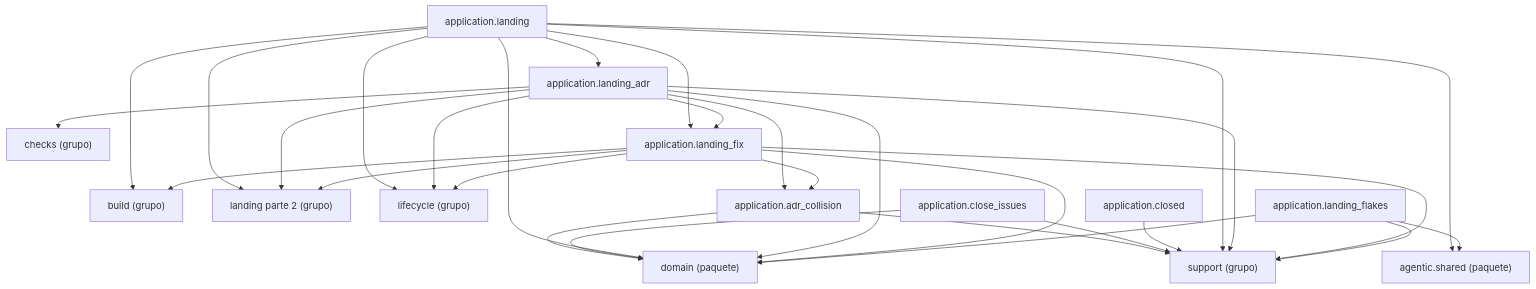
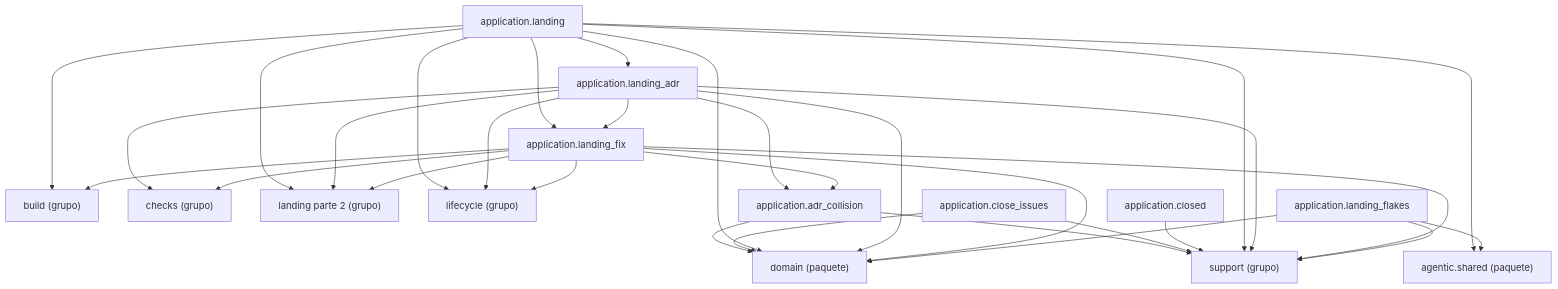
One commit to GonzaloZevallos/agentic-system changed the diagram in docs/architecture/generated/packages-process-application-landing-1.md. Above: the diagram before and after it, drawn with Mermaid. The commit also changed other lines of this file and 17 other files, not shown here.

````diff
--- a/docs/architecture/generated/packages-process-application-landing-1.md
+++ b/docs/architecture/generated/packages-process-application-landing-1.md
@@ -17,46 +18,47 @@
 ```mermaid
 graph TD
     g_application__build["build (grupo)"]
     g_application__checks["checks (grupo)"]
     g_application__landing__2["landing parte 2 (grupo)"]
     g_application__lifecycle["lifecycle (grupo)"]
     g_application__support["support (grupo)"]
     g_pkg__agentic__shared["agentic.shared (paquete)"]
     g_pkg__domain["domain (paquete)"]
     m_application__adr_collision["application.adr_collision"]
     m_application__close_issues["application.close_issues"]
     m_application__closed["application.closed"]
     m_application__landing["application.landing"]
     m_application__landing_adr["application.landing_adr"]
     m_application__landing_fix["application.landing_fix"]
     m_application__landing_flakes["application.landing_flakes"]
     m_application__adr_collision --> g_application__support
     m_application__adr_collision --> g_pkg__domain
     m_application__close_issues --> g_application__support
     m_application__close_issues --> g_pkg__domain
     m_application__closed --> g_application__support
     m_application__landing --> g_application__build
     m_application__landing --> g_application__landing__2
     m_application__landing --> g_application__lifecycle
     m_application__landing --> g_application__support
     m_application__landing --> g_pkg__agentic__shared
     m_application__landing --> g_pkg__domain
     m_application__landing --> m_application__landing_adr
     m_application__landing --> m_application__landing_fix
     m_application__landing_adr --> g_application__checks
     m_application__landing_adr --> g_application__landing__2
     m_application__landing_adr --> g_application__lifecycle
     m_application__landing_adr --> g_application__support
     m_application__landing_adr --> g_pkg__domain
     m_application__landing_adr --> m_application__adr_collision
     m_application__landing_adr --> m_application__landing_fix
     m_application__landing_fix --> g_application__build
+    m_application__landing_fix --> g_application__checks
     m_application__landing_fix --> g_application__landing__2
     m_application__landing_fix --> g_application__lifecycle
     m_application__landing_fix --> g_application__support
     m_application__landing_fix --> g_pkg__domain
     m_application__landing_fix --> m_application__adr_collision
     m_application__landing_flakes --> g_application__support
     m_application__landing_flakes --> g_pkg__agentic__shared
     m_application__landing_flakes --> g_pkg__domain
 ```
````
